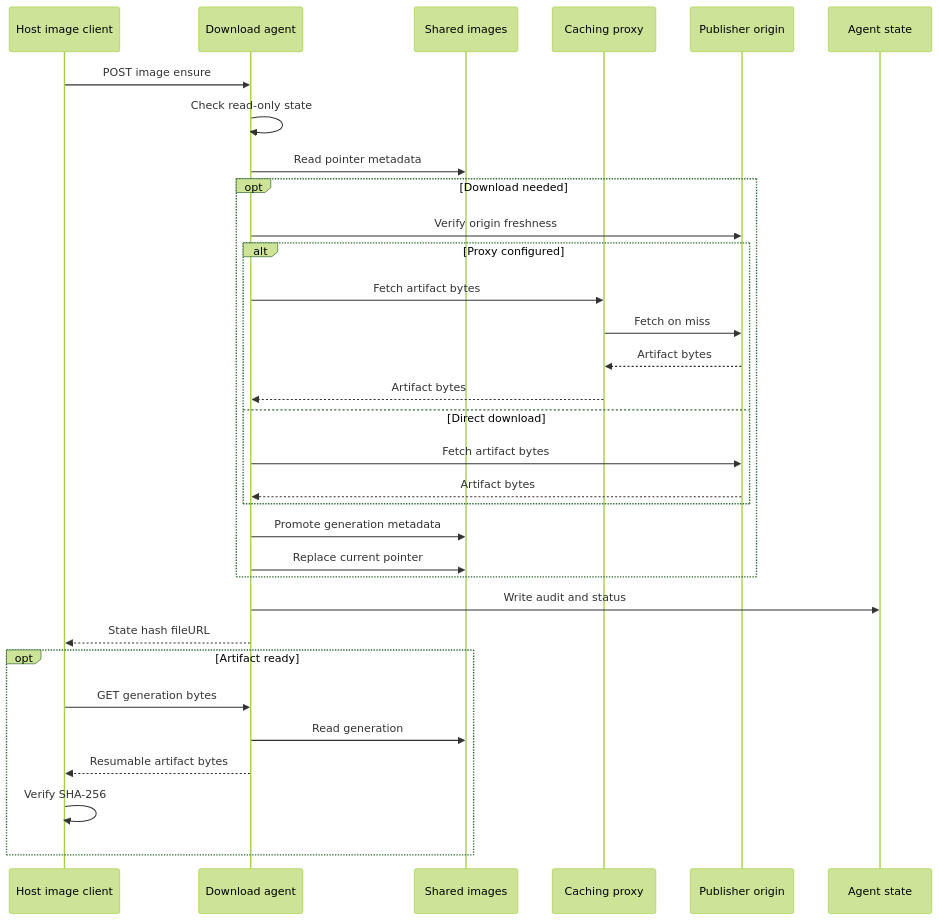
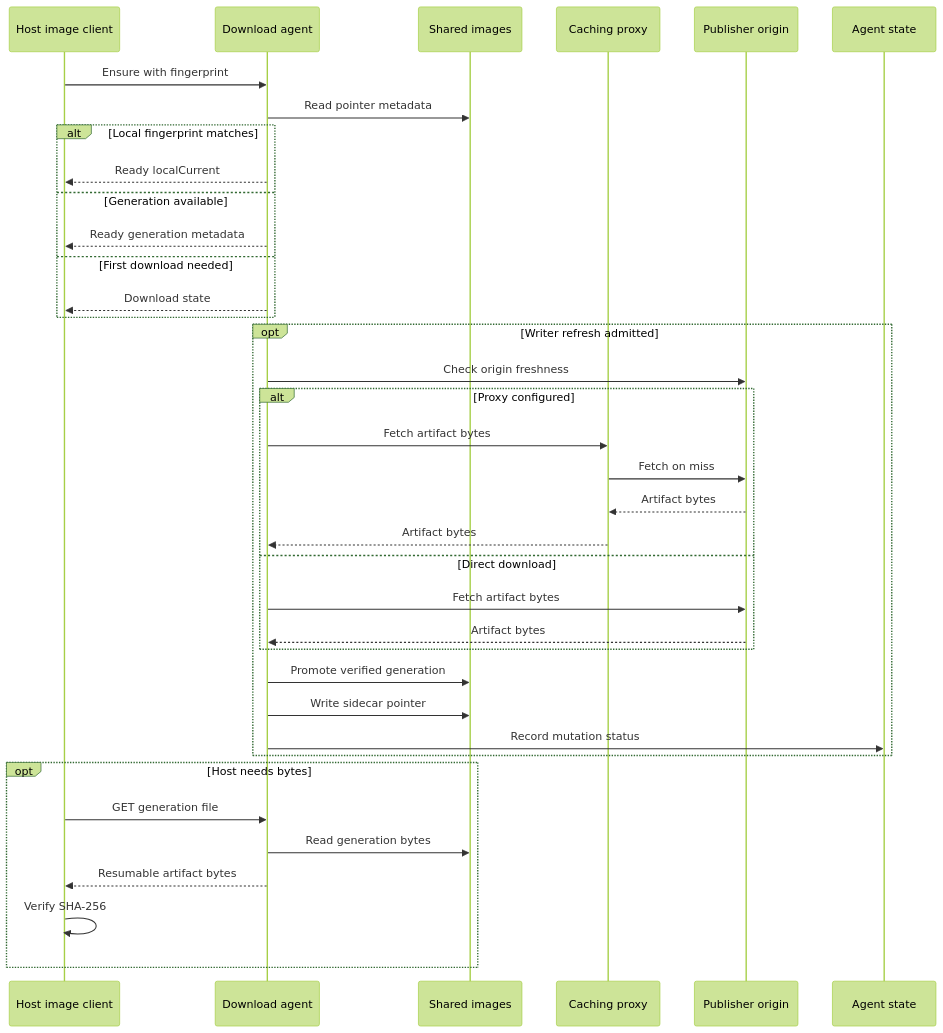
The seventh of 9 diagrams in docs/design/03-data-flows.md (alissonsol/yuruna), drawn with Mermaid (forest theme) before and after one commit. The commit also changed other lines of this file and 1371 other files, not shown here.

````diff
--- a/docs/design/03-data-flows.md
+++ b/docs/design/03-data-flows.md
@@ -207,34 +218,39 @@
 ```mermaid
 sequenceDiagram
     participant yuruna-download-agent-psm1 as Host image client
     participant download-agent-service as Download agent
     participant images as Shared images
     participant caching-proxy-service as Caching proxy
     participant origin as Publisher origin
-    participant download-agent-service-state as Agent state
-    yuruna-download-agent-psm1->>download-agent-service: POST image ensure
-    download-agent-service->>download-agent-service: Check read-only state
+    participant download-agent-service-state-go as Agent state
+    yuruna-download-agent-psm1->>download-agent-service: Ensure with fingerprint
     download-agent-service->>images: Read pointer metadata
-    opt Download needed
-        download-agent-service->>origin: Verify origin freshness
+    alt Local fingerprint matches
+        download-agent-service-->>yuruna-download-agent-psm1: Ready localCurrent
+    else Generation available
+        download-agent-service-->>yuruna-download-agent-psm1: Ready generation metadata
+    else First download needed
+        download-agent-service-->>yuruna-download-agent-psm1: Download state
+    end
+    opt Writer refresh admitted
+        download-agent-service->>origin: Check origin freshness
         alt Proxy configured
             download-agent-service->>caching-proxy-service: Fetch artifact bytes
             caching-proxy-service->>origin: Fetch on miss
             origin-->>caching-proxy-service: Artifact bytes
             caching-proxy-service-->>download-agent-service: Artifact bytes
         else Direct download
             download-agent-service->>origin: Fetch artifact bytes
             origin-->>download-agent-service: Artifact bytes
         end
-        download-agent-service->>images: Promote generation metadata
-        download-agent-service->>images: Replace current pointer
+        download-agent-service->>images: Promote verified generation
+        download-agent-service->>images: Write sidecar pointer
+        download-agent-service->>download-agent-service-state-go: Record mutation status
     end
-    download-agent-service->>download-agent-service-state: Write audit and status
-    download-agent-service-->>yuruna-download-agent-psm1: State hash fileURL
-    opt Artifact ready
-        yuruna-download-agent-psm1->>download-agent-service: GET generation bytes
-        download-agent-service->>images: Read generation
+    opt Host needs bytes
+        yuruna-download-agent-psm1->>download-agent-service: GET generation file
+        download-agent-service->>images: Read generation bytes
         download-agent-service-->>yuruna-download-agent-psm1: Resumable artifact bytes
         yuruna-download-agent-psm1->>yuruna-download-agent-psm1: Verify SHA-256
     end
 ```
````
